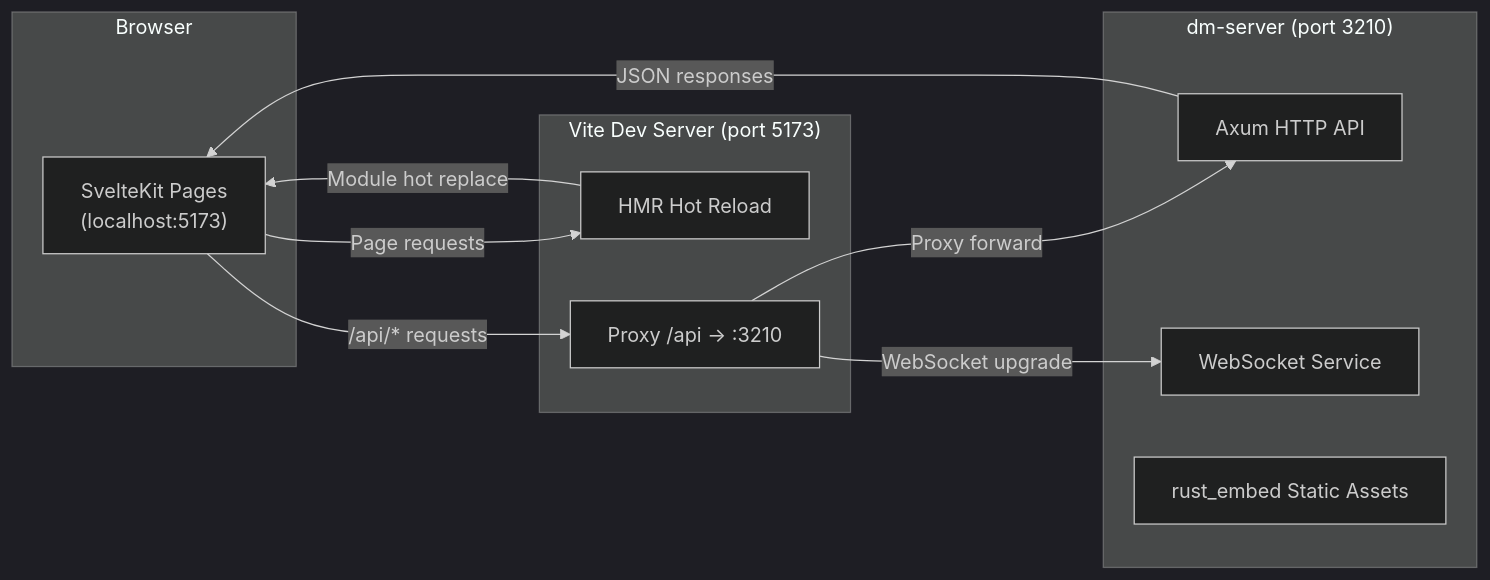
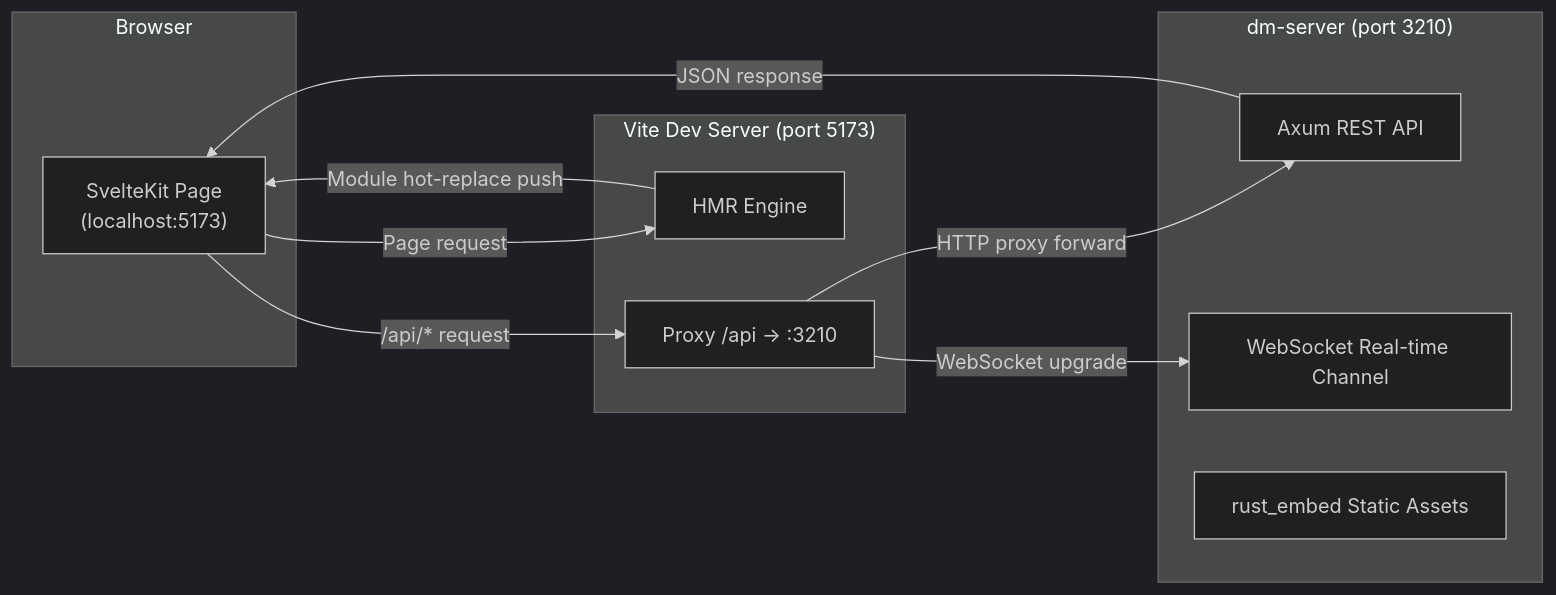
Before and after one commit to l1veIn/dora-manager: the second of 2 diagrams in wiki/zh/en/03-dev-environment.md, drawn with Mermaid (dark theme). The commit also changed other lines of this file and 99 other files, not shown here.

````diff
--- a/wiki/zh/en/03-dev-environment.md
+++ b/wiki/zh/en/03-dev-environment.md
@@ -137,22 +170,22 @@
 ```mermaid
 flowchart LR
     subgraph Browser
-        A["SvelteKit Pages<br/>(localhost:5173)"]
+        A["SvelteKit Page\n(localhost:5173)"]
     end
-    subgraph Vite_Dev_Server["Vite Dev Server (port 5173)"]
-        B["HMR Hot Reload"]
+    subgraph Vite_Dev["Vite Dev Server (port 5173)"]
+        B["HMR Engine"]
         C["Proxy /api → :3210"]
     end
     subgraph dm_server["dm-server (port 3210)"]
-        D["Axum HTTP API"]
-        E["WebSocket Service"]
+        D["Axum REST API"]
+        E["WebSocket Real-time Channel"]
         F["rust_embed Static Assets"]
     end
 
-    A -->|"Page requests"| B
-    A -->|"/api/* requests"| C
-    C -->|"Proxy forward"| D
+    A -->|"Page request"| B
+    A -->|"/api/* request"| C
+    C -->|"HTTP proxy forward"| D
     C -->|"WebSocket upgrade"| E
-    B -->|"Module hot replace"| A
-    D -->|"JSON responses"| A
+    B -->|"Module hot-replace push"| A
+    D -->|"JSON response"| A
 ```
````
